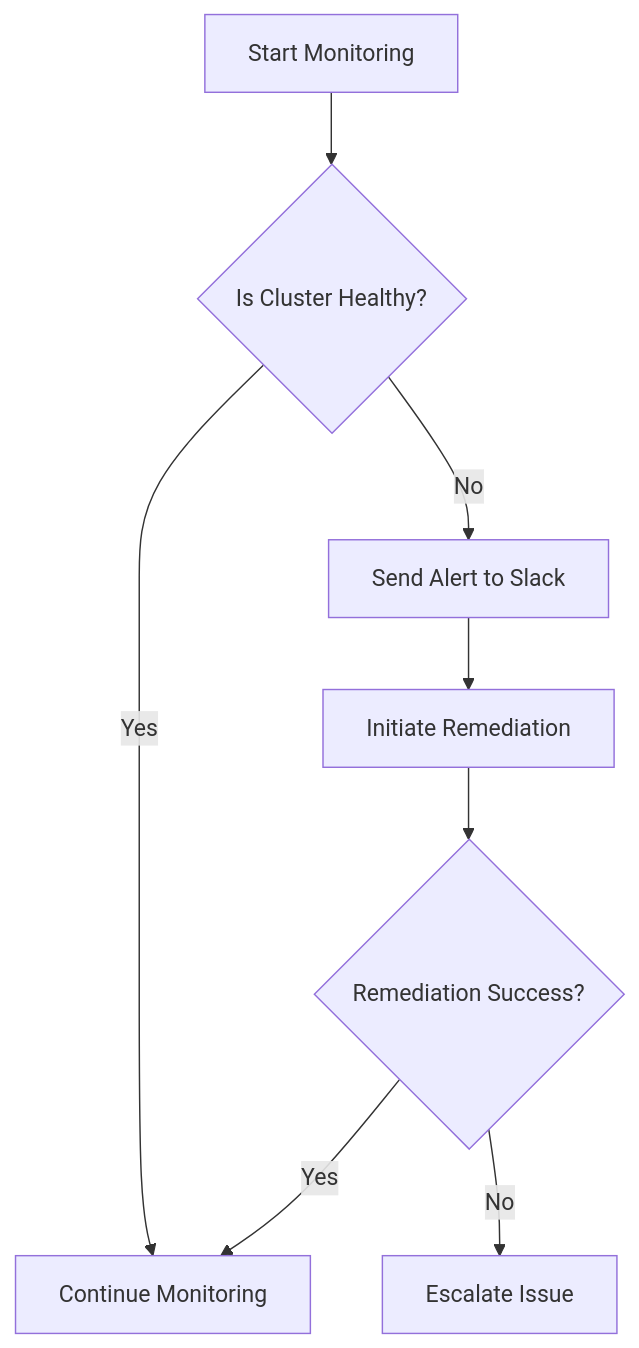
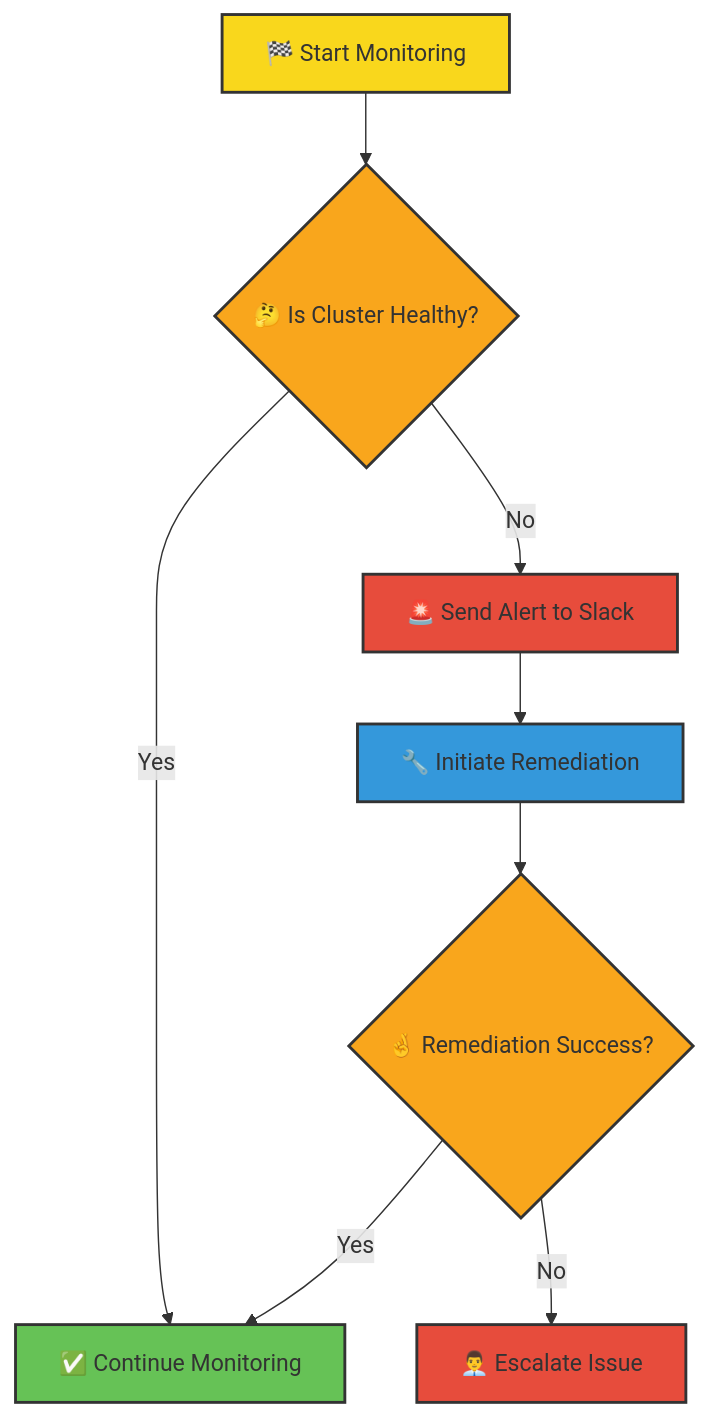
The first of 3 diagrams in kubernetes-sidekick/terraform/README.md (kubiyabot/terraform-modules), drawn with Mermaid before and after one commit. The commit also changed other lines of this file, not shown here.

````diff
--- a/kubernetes-sidekick/terraform/README.md
+++ b/kubernetes-sidekick/terraform/README.md
@@ -25,10 +26,18 @@
 ```mermaid
 graph TD
-    A[Start Monitoring] --> B{Is Cluster Healthy?}
-    B --> |Yes| C[Continue Monitoring]
-    B --> |No| D[Send Alert to Slack]
-    D --> E[Initiate Remediation]
-    E --> F{Remediation Success?}
+    A[🏁 Start Monitoring] --> B{🤔 Is Cluster Healthy?}
+    B --> |Yes| C[✅ Continue Monitoring]
+    B --> |No| D[🚨 Send Alert to Slack]
+    D --> E[🔧 Initiate Remediation]
+    E --> F{🤞 Remediation Success?}
     F --> |Yes| C
-    F --> |No| G[Escalate Issue]
+    F --> |No| G[👨‍💼 Escalate Issue]
+    
+    style A fill:#f9d71c,stroke:#333,stroke-width:2px
+    style B fill:#f9a61c,stroke:#333,stroke-width:2px
+    style C fill:#66c256,stroke:#333,stroke-width:2px
+    style D fill:#e74c3c,stroke:#333,stroke-width:2px
+    style E fill:#3498db,stroke:#333,stroke-width:2px
+    style F fill:#f9a61c,stroke:#333,stroke-width:2px
+    style G fill:#e74c3c,stroke:#333,stroke-width:2px
 ```
````
